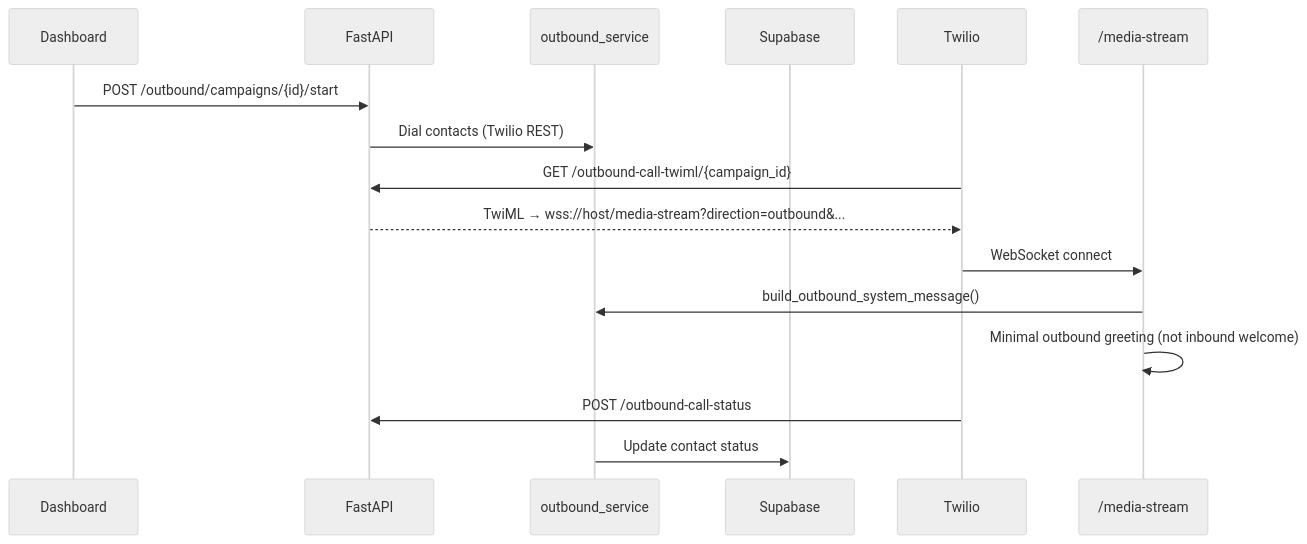
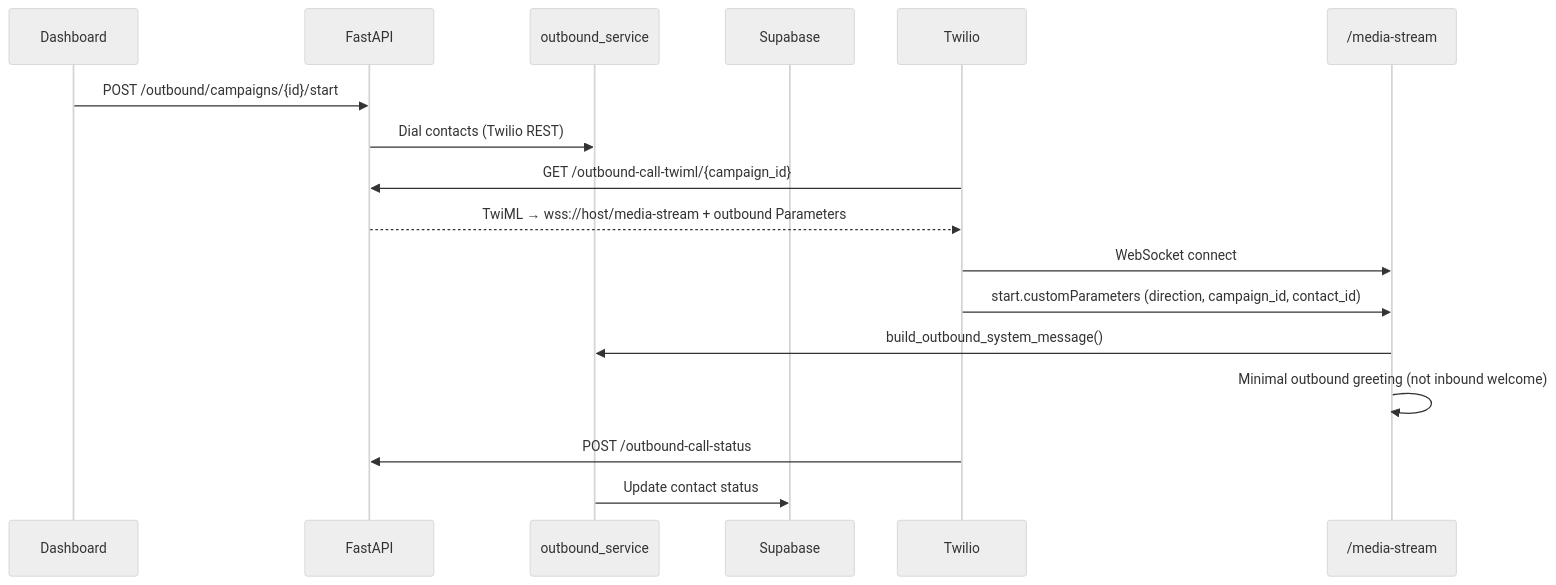
One commit to aymalkhalid/Starter-Agent-InBound-OutBound-Twilio-Speech-Assistant-OpenAi-Realtime-Api-Python changed the ninth of 22 diagrams in docs/DIAGRAMS.md. Above: the diagram before and after it, drawn with Mermaid (neutral theme). The commit also changed other lines of this file and 22 other files, not shown here.

First line of the commit message:
Align Realtime/Twilio contracts and harden end-call goodbye flow.

````diff
--- a/docs/DIAGRAMS.md
+++ b/docs/DIAGRAMS.md
@@ -318,19 +318,20 @@
 ```mermaid
 sequenceDiagram
     participant D as Dashboard
     participant F as FastAPI
     participant OBS as outbound_service
     participant SB as Supabase
     participant T as Twilio
     participant MS as /media-stream
 
     D->>F: POST /outbound/campaigns/{id}/start
     F->>OBS: Dial contacts (Twilio REST)
     T->>F: GET /outbound-call-twiml/{campaign_id}
-    F-->>T: TwiML → wss://host/media-stream?direction=outbound&...
+    F-->>T: TwiML → wss://host/media-stream + outbound Parameters
     T->>MS: WebSocket connect
+    T->>MS: start.customParameters (direction, campaign_id, contact_id)
     MS->>OBS: build_outbound_system_message()
     MS->>MS: Minimal outbound greeting (not inbound welcome)
     T->>F: POST /outbound-call-status
     OBS->>SB: Update contact status
 ```
````
